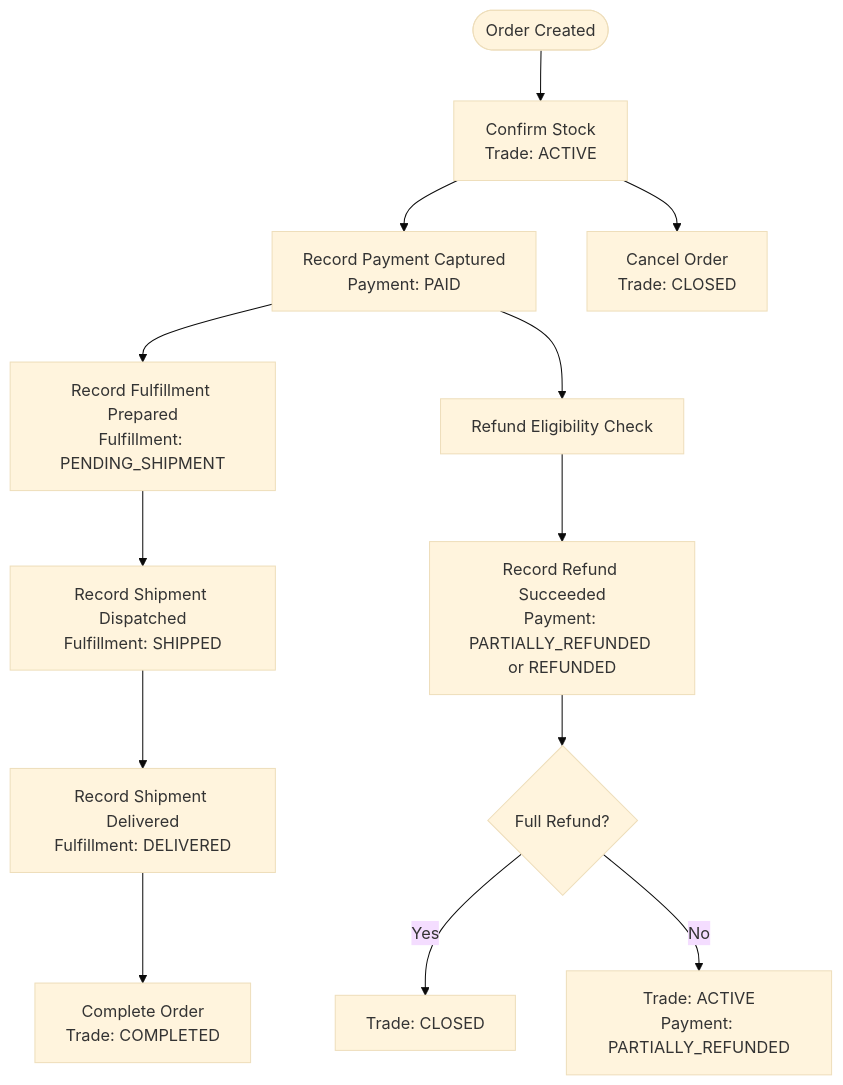
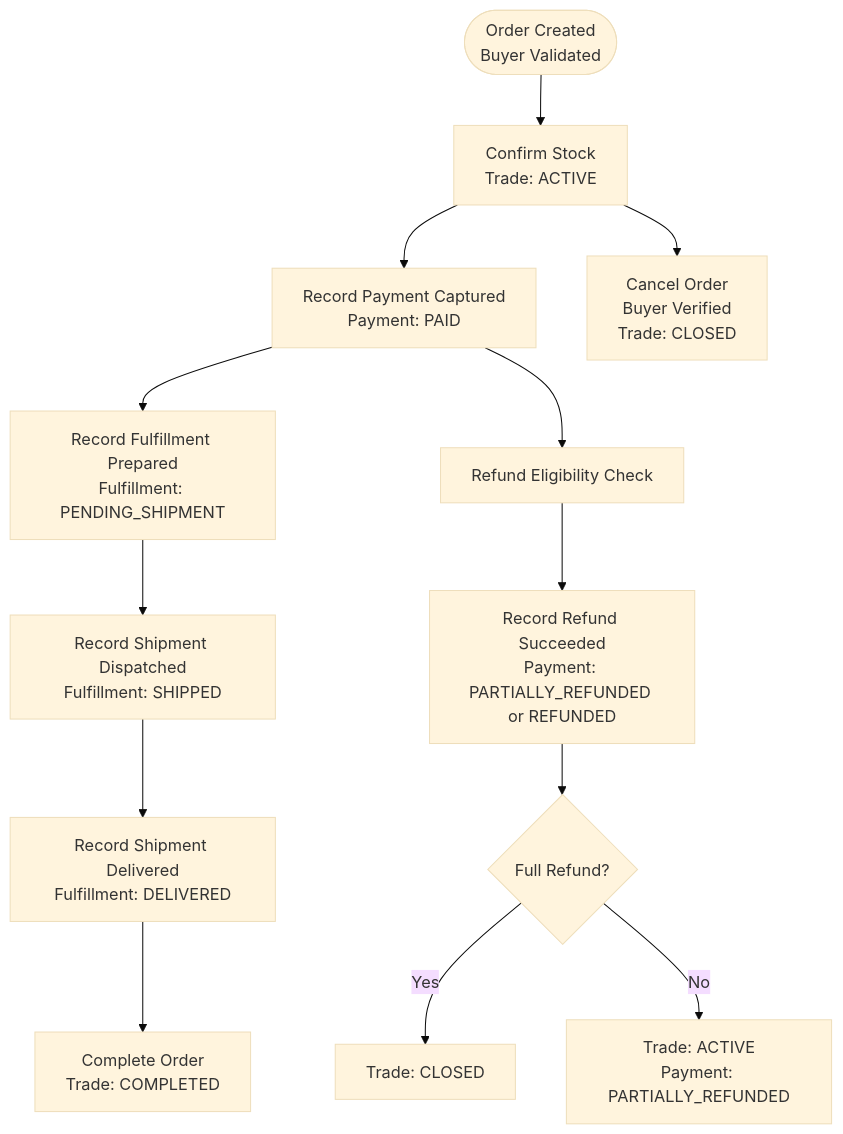
One commit to ddd-mall/j-store changed the fifth of 8 diagrams in .qoder/repowiki/en/content/Order Management Module/Order Management Module.md. Above: the diagram before and after it, drawn with Mermaid (base theme). The commit also changed other lines of this file and 334 other files, not shown here.

````diff
--- a/.qoder/repowiki/en/content/Order Management Module/Order Management Module.md
+++ b/.qoder/repowiki/en/content/Order Management Module/Order Management Module.md
@@ -234,15 +312,15 @@
 ```mermaid
 flowchart TD
-Start(["Order Created"]) --> ConfirmStock["Confirm Stock<br/>Trade: ACTIVE"]
+Start(["Order Created<br/>Buyer Validated"]) --> ConfirmStock["Confirm Stock<br/>Trade: ACTIVE"]
 ConfirmStock --> Pay["Record Payment Captured<br/>Payment: PAID"]
 Pay --> PrepareFulfillment["Record Fulfillment Prepared<br/>Fulfillment: PENDING_SHIPMENT"]
 PrepareFulfillment --> Ship["Record Shipment Dispatched<br/>Fulfillment: SHIPPED"]
 Ship --> Deliver["Record Shipment Delivered<br/>Fulfillment: DELIVERED"]
 Deliver --> Complete["Complete Order<br/>Trade: COMPLETED"]
-ConfirmStock --> Cancel["Cancel Order<br/>Trade: CLOSED"]
+ConfirmStock --> Cancel["Cancel Order<br/>Buyer Verified<br/>Trade: CLOSED"]
 Pay --> RefundEligibility["Refund Eligibility Check"]
 RefundEligibility --> RefundSuccess["Record Refund Succeeded<br/>Payment: PARTIALLY_REFUNDED or REFUNDED"]
 RefundSuccess --> CloseOrPartial{"Full Refund?"}
 CloseOrPartial --> |Yes| Close["Trade: CLOSED"]
 CloseOrPartial --> |No| Partial["Trade: ACTIVE<br/>Payment: PARTIALLY_REFUNDED"]
 ```
````
